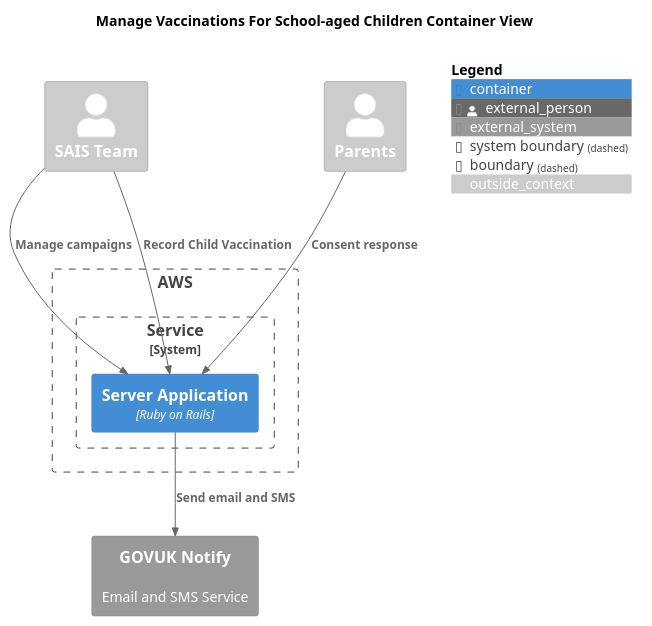
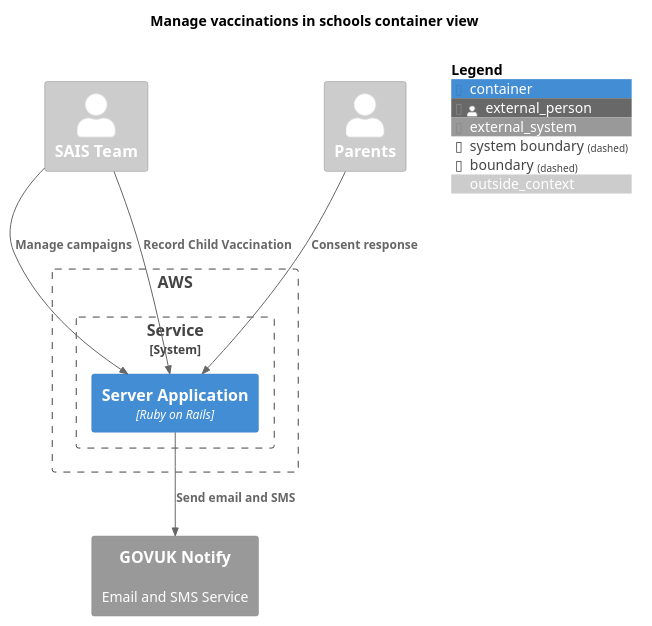
The diagram in docs/diagrams/container-view.puml (nhsuk/manage-vaccinations-in-schools), drawn with PlantUML before and after one commit. The commit also changed 20 other files, not shown here.

```diff
--- a/docs/diagrams/container-view.puml
+++ b/docs/diagrams/container-view.puml
@@ -1,31 +1,31 @@
 @startuml
 
 !include <C4/C4_Container.puml>
 
 LAYOUT_TOP_DOWN()
 
-title "Manage Vaccinations For School-aged Children Container View"
+title "Manage vaccinations in schools container view"
 
 AddElementTag("outside_context", $bgColor="#CCC", $fontColor="#FFF")
 
 Person_Ext(sais, "SAIS Team", $tags="outside_context")
 Person_Ext(parents, "Parents", $tags="outside_context")
 
 Boundary(aws, "AWS") {
   System_Boundary(manage, "Service", "") {
     Container(server, "Server Application", "Ruby on Rails")
   }
 }
 
 System_Ext(govukNotify, "GOVUK Notify", "Email and SMS Service")
 
 AddRelTag("optional", $textColor="black", $lineColor="black", $lineStyle="dashed")
 
 Rel(sais, server, "Manage campaigns")
 Rel(sais, server, "Record Child Vaccination")
 Rel(parents, server, "Consent response")
 Rel(server, govukNotify, "Send email and SMS")
 
 SHOW_FLOATING_LEGEND()
 
 @enduml
```
